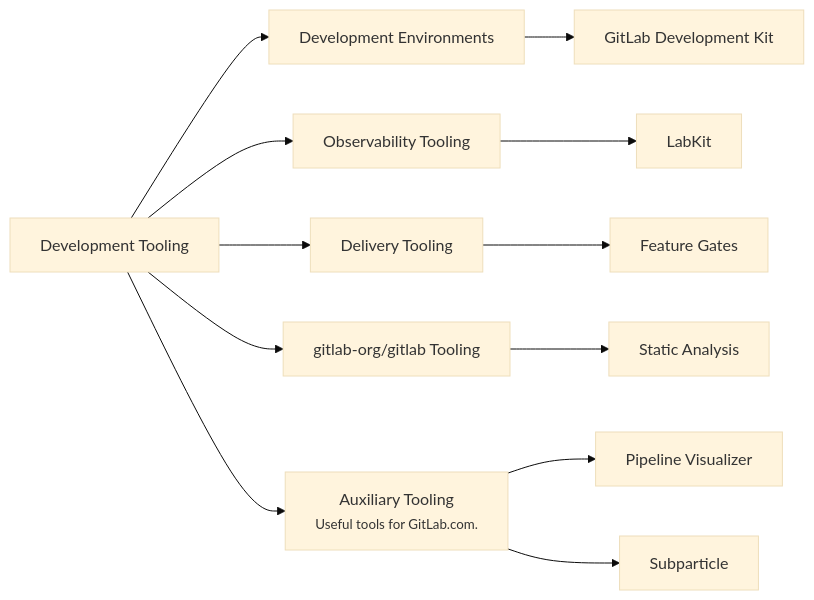
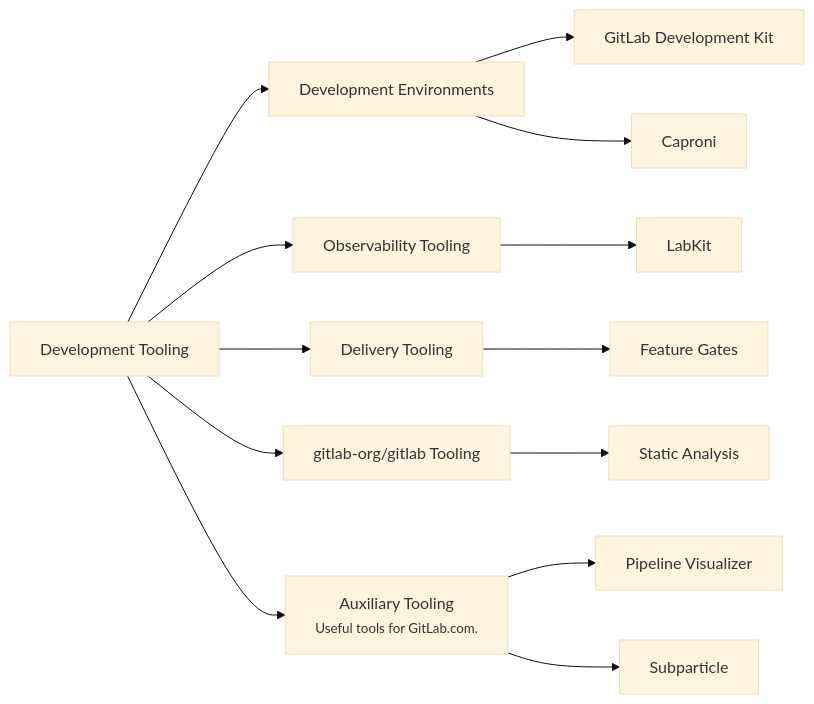
Before and after one commit to kyama0/gitlab-handbook-ja: the diagram in content/handbook/engineering/infrastructure-platforms/developer-experience/development-tooling/_index.md, drawn with Mermaid (base theme). The commit also changed other lines of this file and 75 other files, not shown here.

````diff
--- a/content/handbook/engineering/infrastructure-platforms/developer-experience/development-tooling/_index.md
+++ b/content/handbook/engineering/infrastructure-platforms/developer-experience/development-tooling/_index.md
@@ -24,23 +25,25 @@
 ```mermaid
 flowchart LR
     DT[Development Tooling] --> DevEnv[Development Environments]
     DevEnv --> GDK[GitLab Development Kit]
     click GDK "https://gitlab.com/gitlab-org/gitlab-development-kit"
+    DevEnv --> Caproni[Caproni]
+    click Caproni "https://gitlab.com/gitlab-org/caproni"
 
     DT --> ObservabilityTooling[Observability Tooling]
     ObservabilityTooling --> labkit[LabKit]
     click labkit "https://handbook.gitlab.com/handbook/engineering/infrastructure-platforms/developer-experience/labkit/"
     
     DT --> DeliveryTooling[Delivery Tooling]
     DeliveryTooling --> featuregates[Feature Gates]
 
     DT --> CanonicalTooling[gitlab-org/gitlab Tooling]
     CanonicalTooling --> StaticAnalysis[Static Analysis]
 
     DT --> AuxTooling[Auxiliary Tooling<br><small>Useful tools for GitLab.com.</small>]
     AuxTooling --> civiz[Pipeline Visualizer]
     AuxTooling --> subparticle[Subparticle]
 
     click civiz "https://gitlab.com/gitlab-org/quality/engineering-productivity/pipeline-visualizer"
     click subparticle "https://gitlab.com/gitlab-org/quality/engineering-productivity/subparticle"
 ```
````
